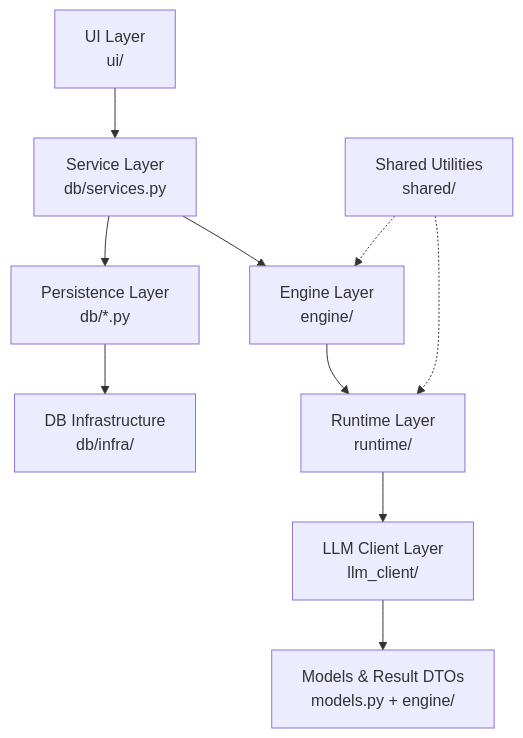
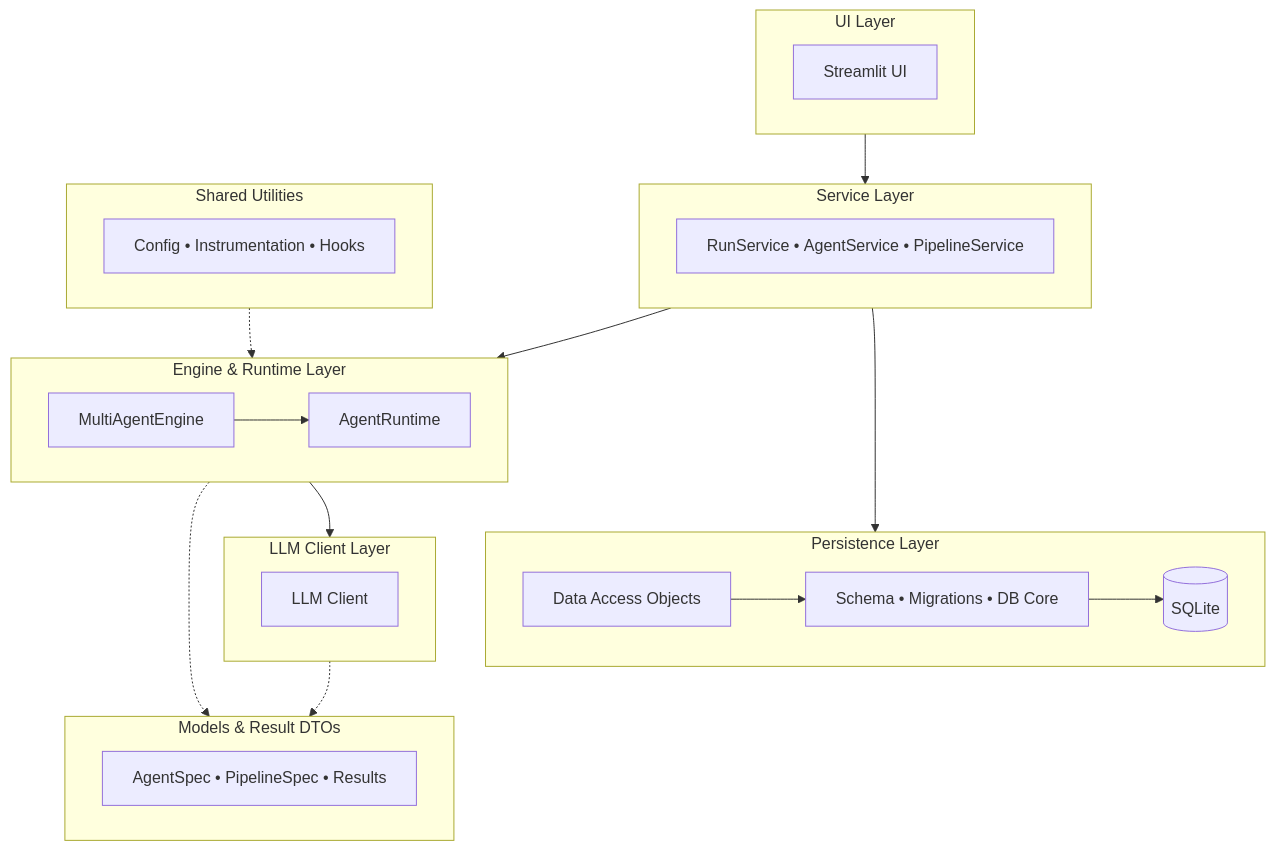
Before and after one commit to paul-wosch/Multi-Agent-Dashboard: the first of 9 diagrams in docs/ARCHITECTURE.md, drawn with Mermaid. The commit also changed other lines of this file, not shown here.

First line of the commit message:
docs(architecture): improve diagram clarity

````diff
--- a/docs/ARCHITECTURE.md
+++ b/docs/ARCHITECTURE.md
@@ -340,22 +340,44 @@
 ```mermaid
-graph TD
-    UI["UI Layer<br/>ui/"]
-    Service["Service Layer<br/>db/services.py"]
-    Persistence["Persistence Layer<br/>db/*.py"]
-    DBInfra["DB Infrastructure<br/>db/infra/"]
-    Engine["Engine Layer<br/>engine/"]
-    Runtime["Runtime Layer<br/>runtime/"]
-    LLMClient["LLM Client Layer<br/>llm_client/"]
-    Models["Models & Result DTOs<br/>models.py + engine/"]
-    Shared["Shared Utilities<br/>shared/"]
-    
-    UI --> Service
-    Service --> Persistence
-    Persistence --> DBInfra
-    Service --> Engine
-    Engine --> Runtime
-    Runtime --> LLMClient
-    LLMClient --> Models
-    Shared -.-> Engine
-    Shared -.-> Runtime
+flowchart TB
+
+subgraph UI["UI Layer"]
+    Streamlit["Streamlit UI"]
+end
+
+subgraph ServiceLayer["Service Layer"]
+    Services["RunService • AgentService • PipelineService"]
+end
+
+subgraph PersistenceLayer["Persistence Layer"]
+    DAO["Data Access Objects"]
+    DBInfraCore["Schema • Migrations • DB Core"]
+    SQLite[(SQLite)]
+end
+
+subgraph EngineRuntimeLayer["Engine & Runtime Layer"]
+    EngineCore["MultiAgentEngine"]
+    RuntimeCore["AgentRuntime"]
+end
+
+subgraph LLMClientLayer["LLM Client Layer"]
+    LLMClientCore["LLM Client"]
+end
+
+subgraph Shared["Shared Utilities"]
+    SharedUtils["Config • Instrumentation • Hooks"]
+end
+
+subgraph ModelsLayer["Models & Result DTOs"]
+    ModelsCore["AgentSpec • PipelineSpec • Results"]
+end
+
+UI --> ServiceLayer
+ServiceLayer ---> PersistenceLayer
+DAO --> DBInfraCore --> SQLite
+ServiceLayer --> EngineRuntimeLayer
+EngineCore --> RuntimeCore
+EngineRuntimeLayer --> LLMClientLayer
+Shared -.-> EngineRuntimeLayer
+LLMClientLayer -.-> ModelsLayer
+EngineRuntimeLayer -.-> ModelsLayer
 ```
````
